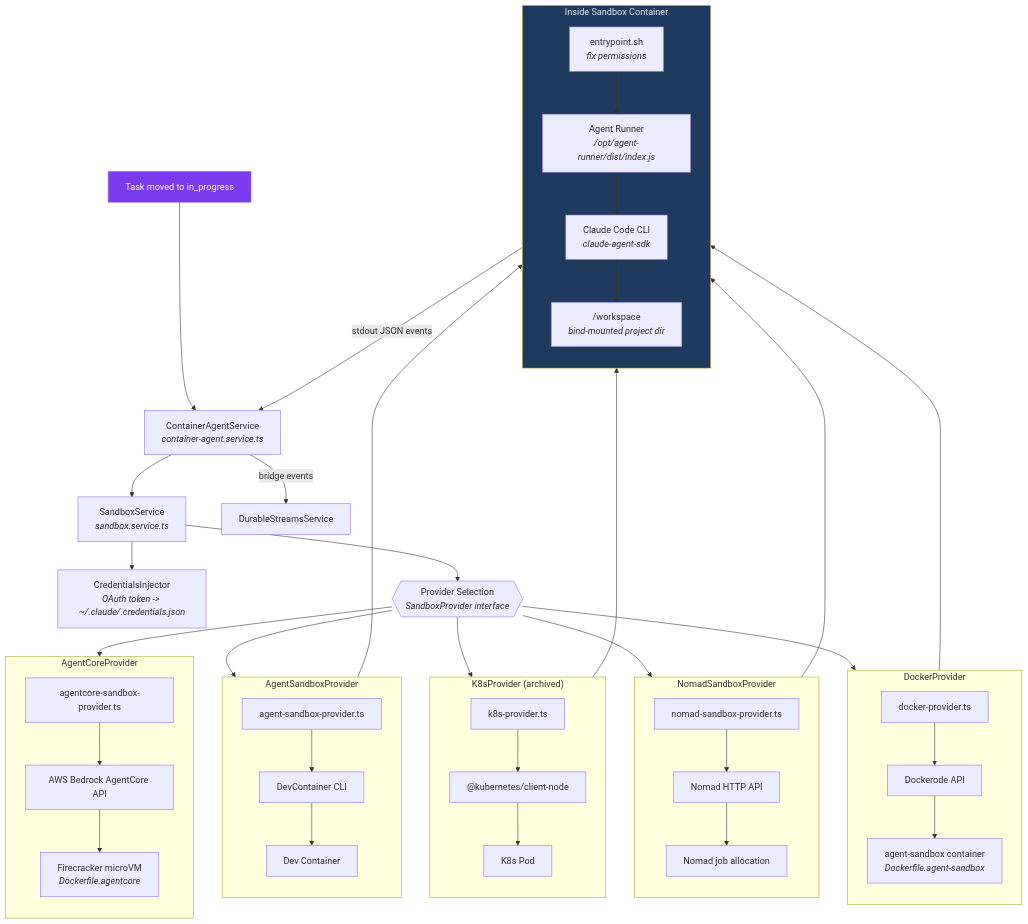
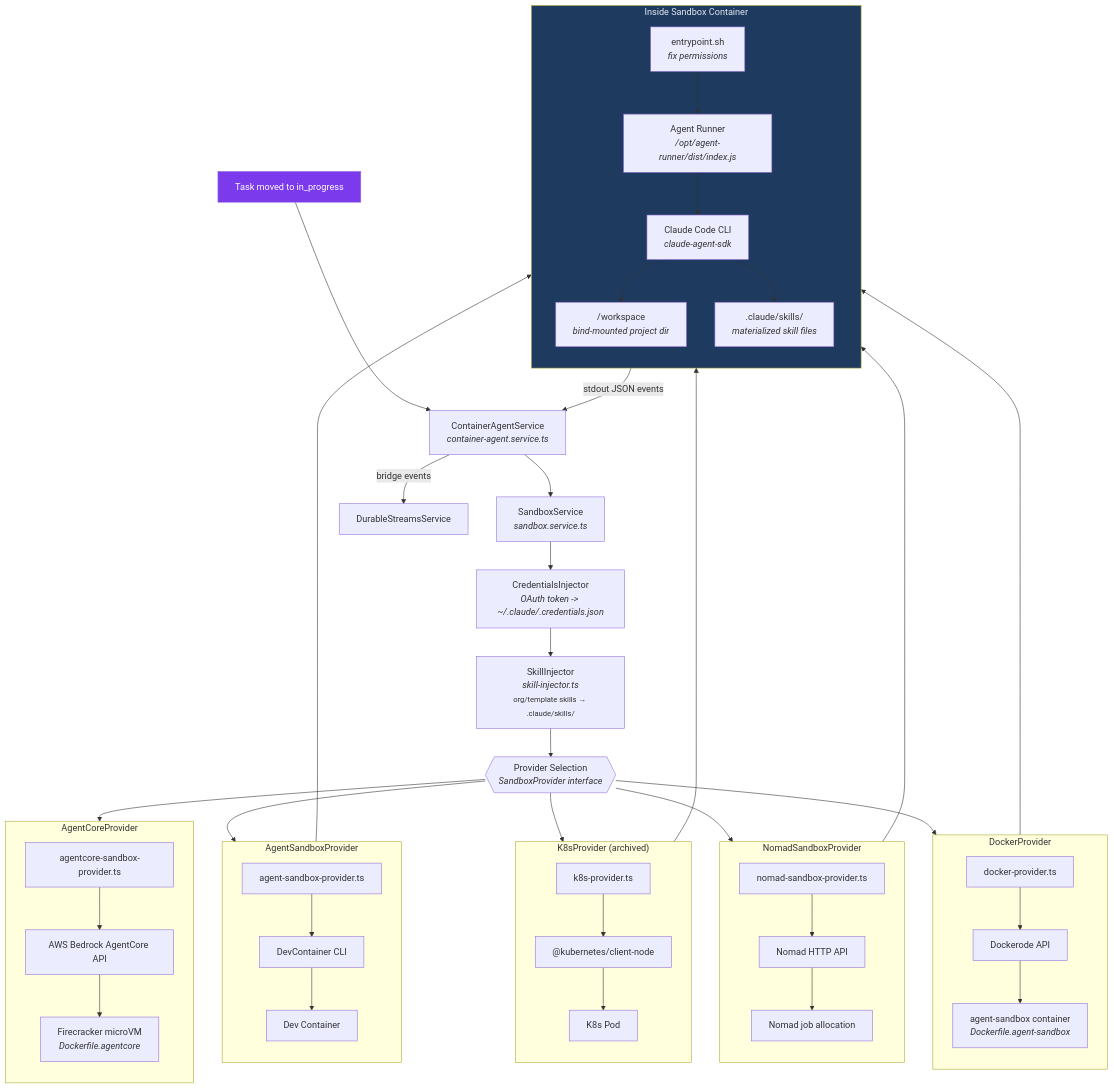
The diagram in specs/diagrams/07-sandbox-architecture.md (agentdevsl/agentpane), drawn with Mermaid before and after one commit. The commit also changed other lines of this file and 17 other files, not shown here.

First line of the commit message:
docs: update all diagrams and READMEs for PRs #108-#112

```diff
--- a/specs/diagrams/07-sandbox-architecture.md
+++ b/specs/diagrams/07-sandbox-architecture.md
@@ -8,12 +8,14 @@
     CAS["ContainerAgentService<br/><i>container-agent.service.ts</i>"]
     SS["SandboxService<br/><i>sandbox.service.ts</i>"]
     CREDS["CredentialsInjector<br/><i>OAuth token -> ~/.claude/.credentials.json</i>"]
+    SKILLS["SkillInjector<br/><i>skill-injector.ts</i><br/><small>org/template skills → .claude/skills/</small>"]
     PS{{"Provider Selection<br/><i>SandboxProvider interface</i>"}}
 
     TASK --> CAS
     CAS --> SS
     SS --> CREDS
-    SS --> PS
+    CREDS --> SKILLS
+    SKILLS --> PS
 
     PS --> DOCKER
     PS --> NOMAD
@@ -67,9 +69,11 @@
         RUNNER["Agent Runner<br/><i>/opt/agent-runner/dist/index.js</i>"]
         CLI["Claude Code CLI<br/><i>claude-agent-sdk</i>"]
         WS["/workspace<br/><i>bind-mounted project dir</i>"]
+        SKILLDIR[".claude/skills/<br/><i>materialized skill files</i>"]
         ENTRY --> RUNNER
         RUNNER --> CLI
         CLI --> WS
+        CLI --> SKILLDIR
     end
 
     D3 --> Container
```
